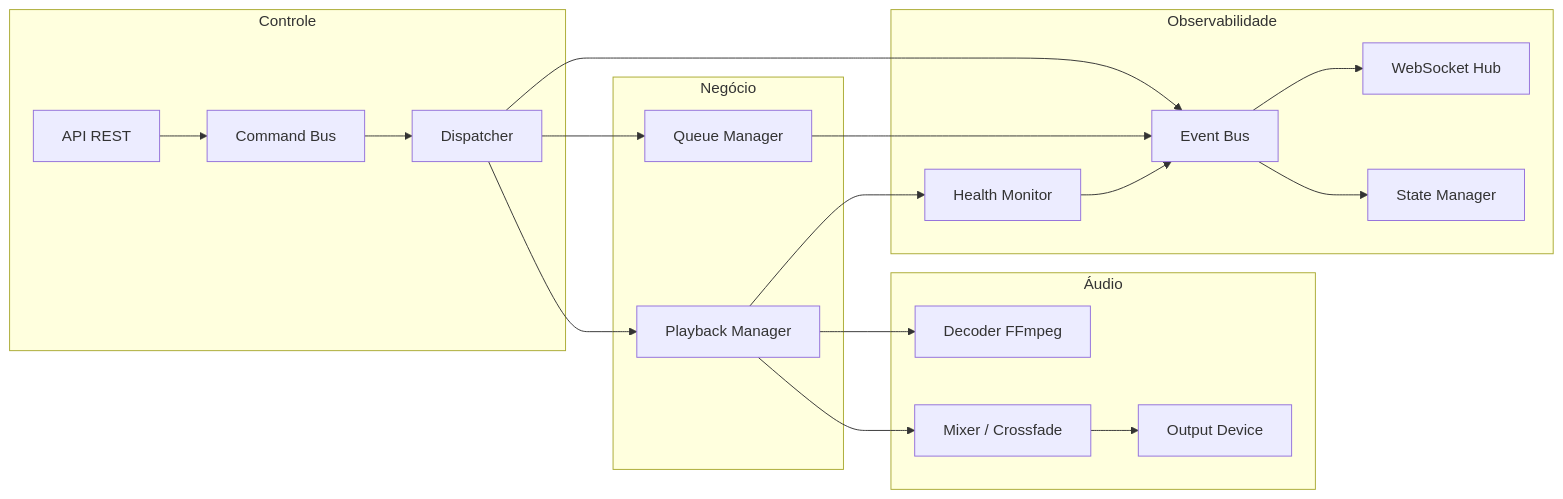
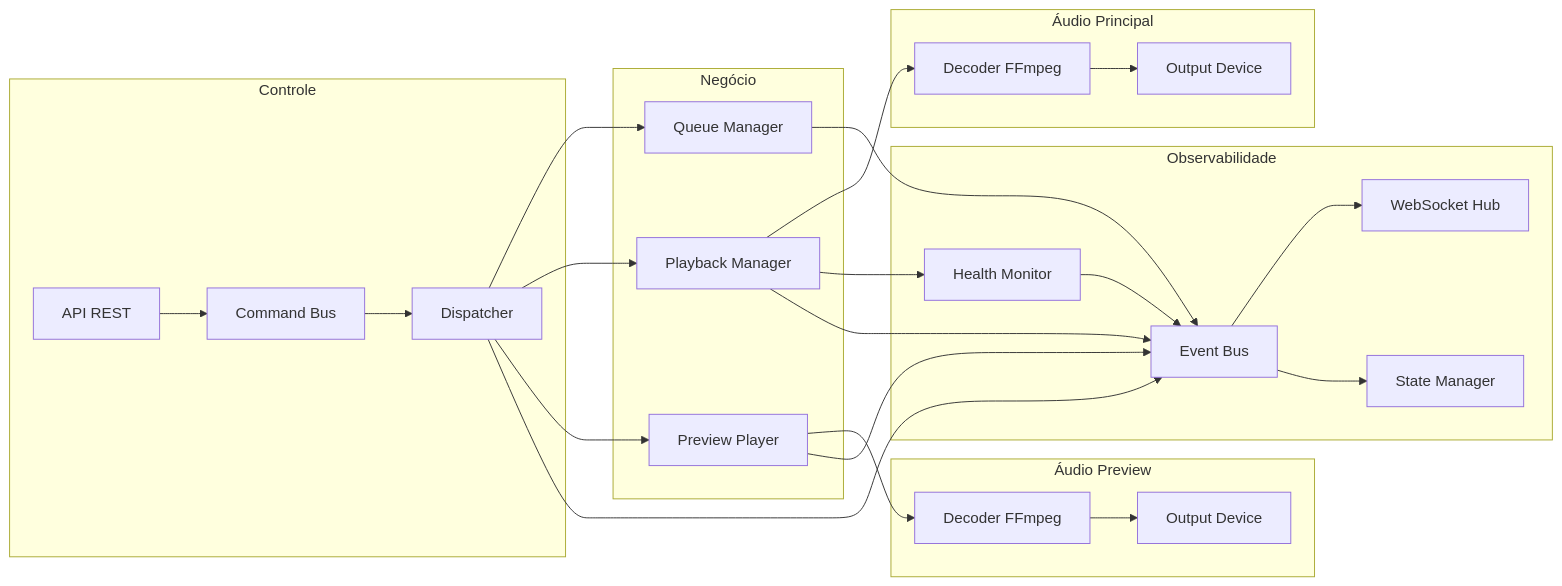
One commit to Waelson/radio-platform changed the second of 2 diagrams in playout/README.md. Above: the diagram before and after it, drawn with Mermaid. The commit also changed other lines of this file, not shown here.

First line of the commit message:
docs(playout): fix control flow diagrams

````diff
--- a/playout/README.md
+++ b/playout/README.md
@@ -274,24 +282,30 @@
 ```mermaid
 graph LR
     subgraph Controle
         A[API REST] --> B[Command Bus]
         B --> C[Dispatcher]
     end
     subgraph Negócio
         C --> D[Queue Manager]
         C --> E[Playback Manager]
+        C --> P[Preview Player]
     end
-    subgraph Áudio
+    subgraph Áudio Principal
         E --> F[Decoder FFmpeg]
-        E --> G[Mixer / Crossfade]
-        G --> H[Output Device]
+        F --> H[Output Device]
+    end
+    subgraph Áudio Preview
+        P --> F2[Decoder FFmpeg]
+        F2 --> H2[Output Device]
     end
     subgraph Observabilidade
         E --> I[Health Monitor]
         I --> J[Event Bus]
         D --> J
         C --> J
+        E --> J
+        P --> J
         J --> K[WebSocket Hub]
         J --> L[State Manager]
     end
 ```
````
